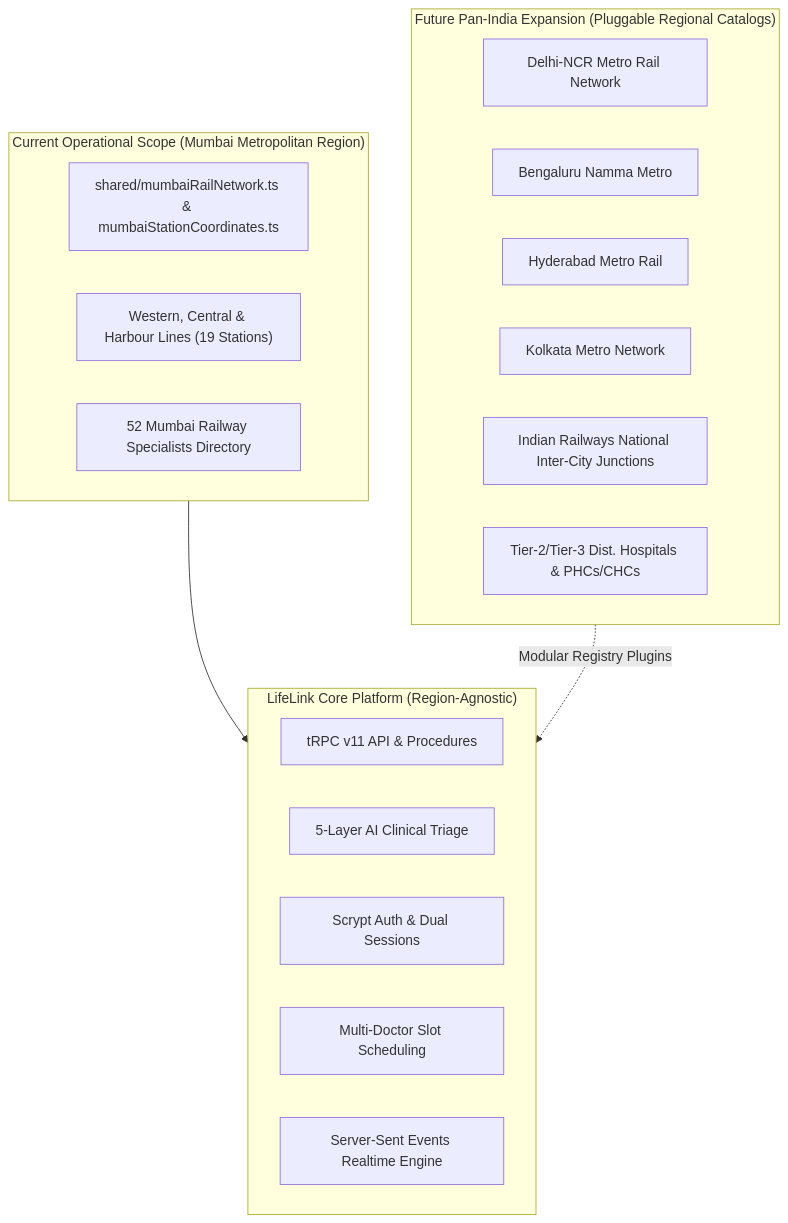
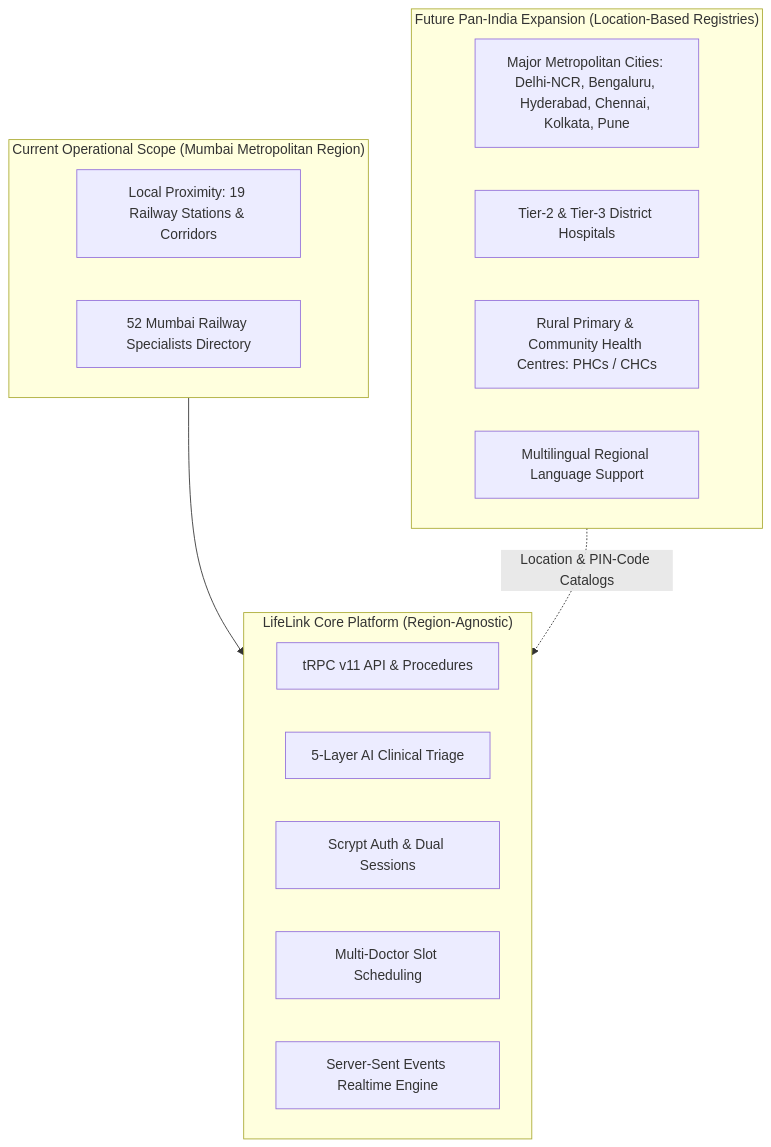
One commit to SarthakMandhare34/New-LifeLink-Smart-Healthcare-Assistance-Platform changed the sixth of 8 diagrams in SYSTEM_DIAGRAMS.md. Above: the diagram before and after it, drawn with Mermaid. The commit also changed 3 other files, not shown here.

Commit message:
docs: update Pan-India roadmap to location-based expansion across cities and districts

````diff
--- a/SYSTEM_DIAGRAMS.md
+++ b/SYSTEM_DIAGRAMS.md
@@ -366,28 +366,25 @@
 ```mermaid
 flowchart TD
     subgraph CoreEngine["LifeLink Core Platform (Region-Agnostic)"]
         TRPC[tRPC v11 API & Procedures]
         AI[5-Layer AI Clinical Triage]
         Auth[Scrypt Auth & Dual Sessions]
         Appt[Multi-Doctor Slot Scheduling]
         SSE[Server-Sent Events Realtime Engine]
     end
 
     subgraph ActiveScope["Current Operational Scope (Mumbai Metropolitan Region)"]
-        MMR_Data[shared/mumbaiRailNetwork.ts & mumbaiStationCoordinates.ts]
-        MMR_Lines["Western, Central & Harbour Lines (19 Stations)"]
-        MMR_Docs["52 Mumbai Railway Specialists Directory"]
+        MMR_Data[Local Proximity: 19 Railway Stations & Corridors]
+        MMR_Docs[52 Mumbai Railway Specialists Directory]
     end
 
-    subgraph PanIndiaRoadmap["Future Pan-India Expansion (Pluggable Regional Catalogs)"]
-        DMRC["Delhi-NCR Metro Rail Network"]
-        NAMMA["Bengaluru Namma Metro"]
-        HYD["Hyderabad Metro Rail"]
-        KOL["Kolkata Metro Network"]
-        IRCTC["Indian Railways National Inter-City Junctions"]
-        TIER2["Tier-2/Tier-3 Dist. Hospitals & PHCs/CHCs"]
+    subgraph PanIndiaRoadmap["Future Pan-India Expansion (Location-Based Registries)"]
+        METRO["Major Metropolitan Cities: Delhi-NCR, Bengaluru, Hyderabad, Chennai, Kolkata, Pune"]
+        TIER2["Tier-2 & Tier-3 District Hospitals"]
+        RURAL["Rural Primary & Community Health Centres: PHCs / CHCs"]
+        LANG["Multilingual Regional Language Support"]
     end
 
     ActiveScope --> CoreEngine
-    PanIndiaRoadmap -.->|Modular Registry Plugins| CoreEngine
+    PanIndiaRoadmap -.->|Location & PIN-Code Catalogs| CoreEngine
 ```
````
